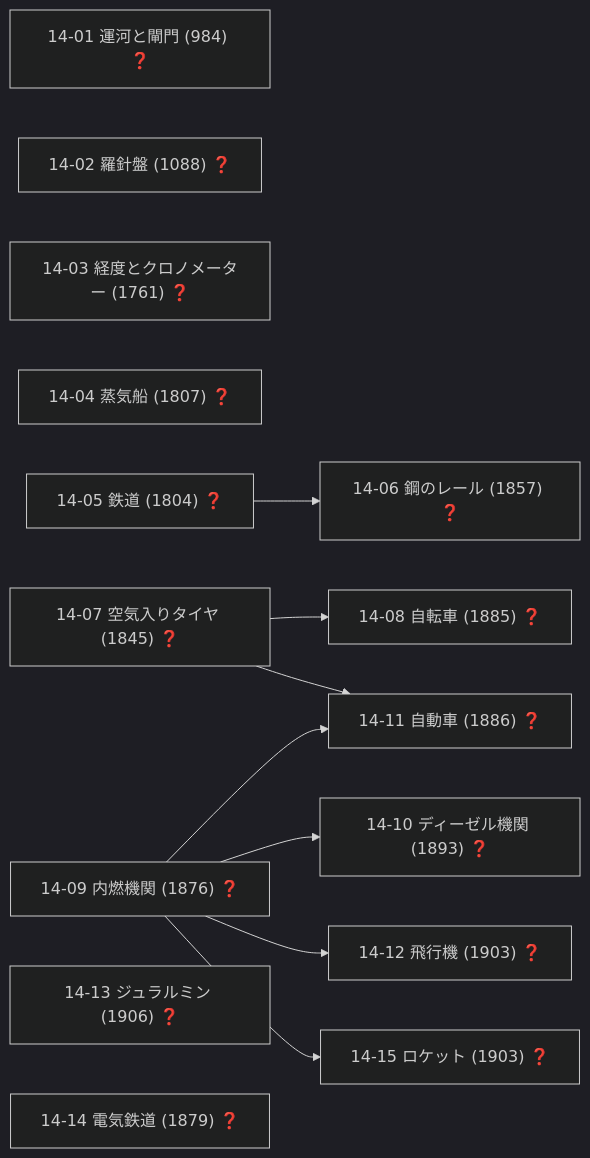
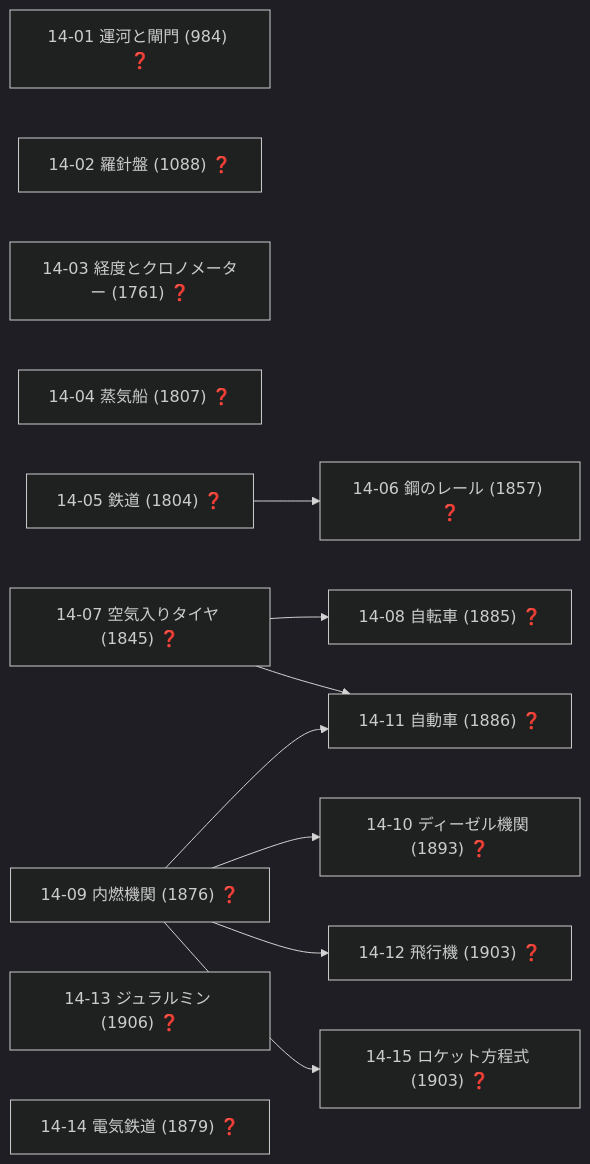
One commit to taku3i0317-collab/semiconductor-lab changed diagram 17 of 19 in docs/TECH_TREE_VIEW.md. Above: the diagram before and after it, drawn with Mermaid (dark theme). The commit also changed other lines of this file and 5 other files, not shown here.

````diff
--- a/docs/TECH_TREE_VIEW.md
+++ b/docs/TECH_TREE_VIEW.md
@@ -761,25 +777,25 @@
 ```mermaid
 graph LR
   n14_01["14-01 運河と閘門 (984) ❓"]
   n14_02["14-02 羅針盤 (1088) ❓"]
   n14_03["14-03 経度とクロノメーター (1761) ❓"]
   n14_04["14-04 蒸気船 (1807) ❓"]
   n14_05["14-05 鉄道 (1804) ❓"]
   n14_06["14-06 鋼のレール (1857) ❓"]
   n14_07["14-07 空気入りタイヤ (1845) ❓"]
   n14_08["14-08 自転車 (1885) ❓"]
   n14_09["14-09 内燃機関 (1876) ❓"]
   n14_10["14-10 ディーゼル機関 (1893) ❓"]
   n14_11["14-11 自動車 (1886) ❓"]
   n14_12["14-12 飛行機 (1903) ❓"]
   n14_13["14-13 ジュラルミン (1906) ❓"]
   n14_14["14-14 電気鉄道 (1879) ❓"]
-  n14_15["14-15 ロケット (1903) ❓"]
+  n14_15["14-15 ロケット方程式 (1903) ❓"]
   n14_05-->n14_06
   n14_07-->n14_08
   n14_09-->n14_10
   n14_07-->n14_11
   n14_09-->n14_11
   n14_09-->n14_12
   n14_09-->n14_15
 ```
````
